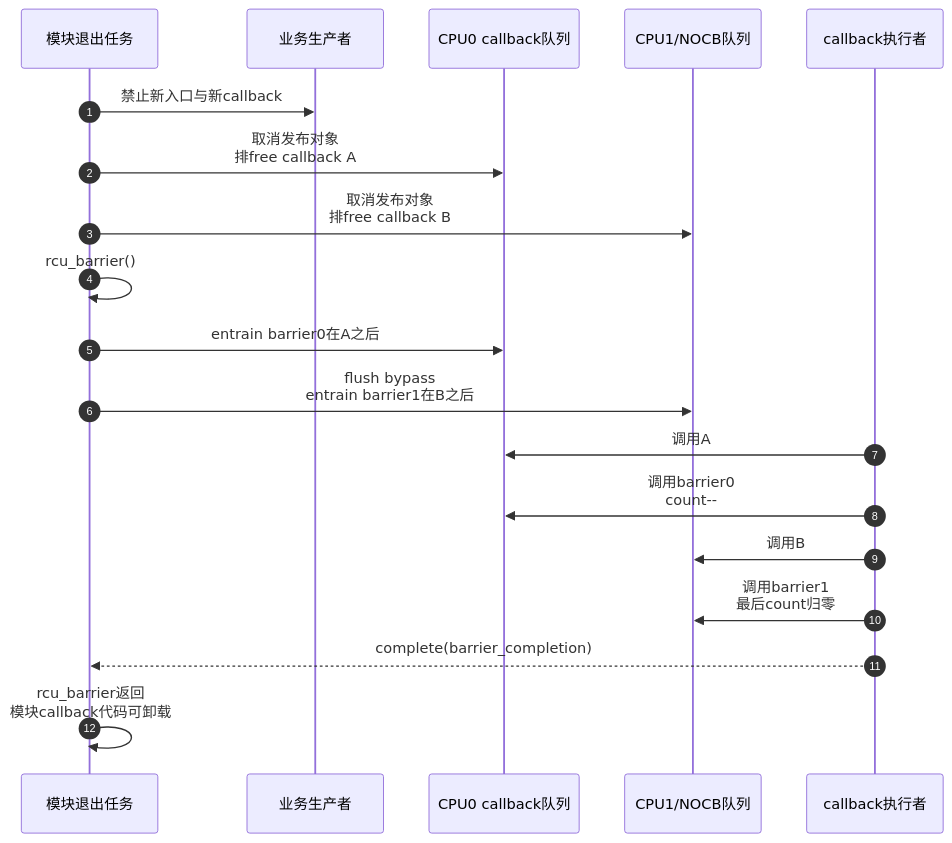
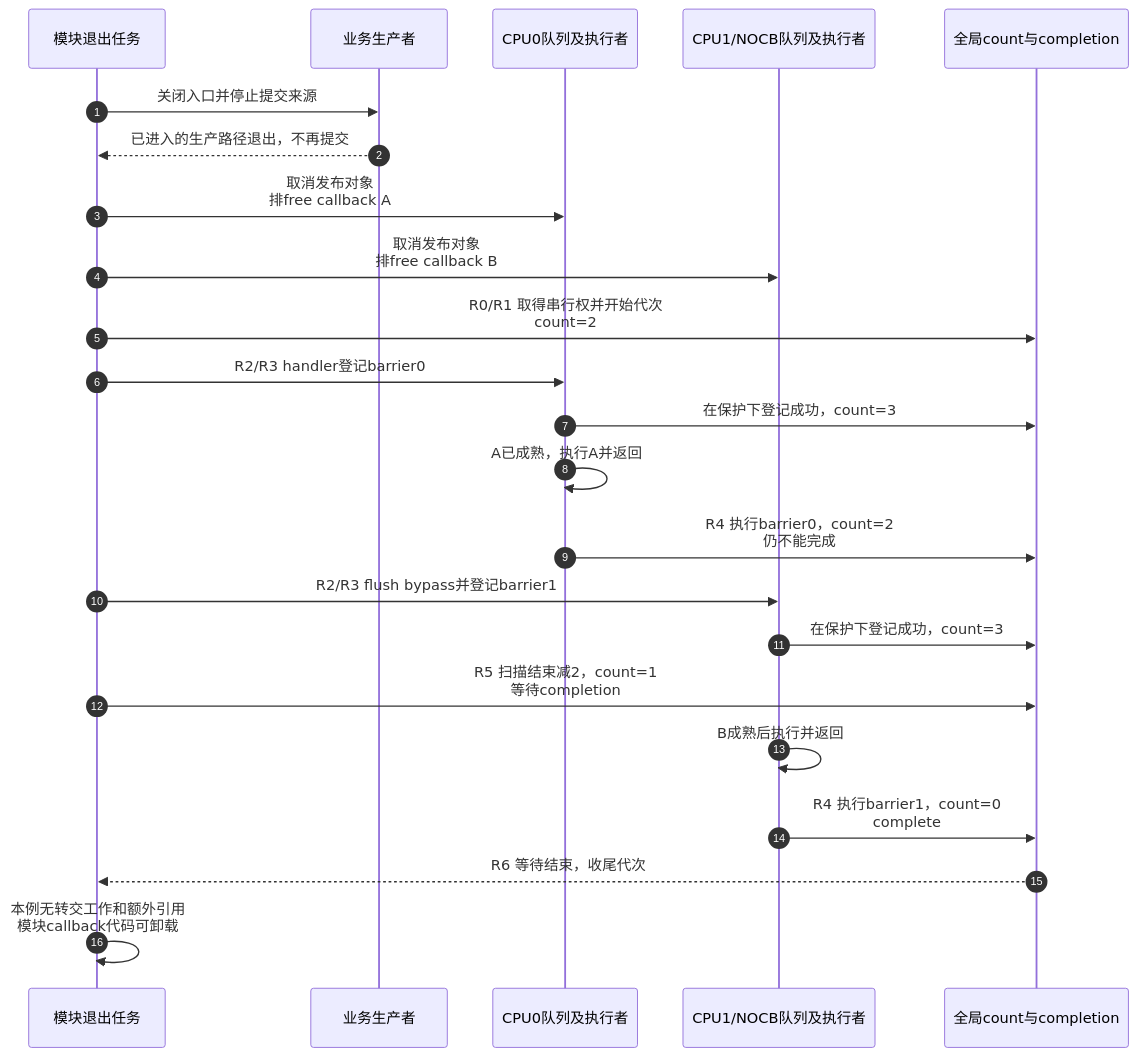
One commit to FormingSystem/linux_note changed the second of 2 diagrams in knowledge/linux/synchronization_and_asynchrony/synchronization/rcu/P13_Tree_RCU_同步等待与rcu_barrier.md. Above: the diagram before and after it, drawn with Mermaid. The commit also changed other lines of this file and 1 other file, not shown here.

First line of the commit message:
content(rcu/barrier): 补全关闭生产者与跨队列完成证明

````diff
--- a/knowledge/linux/synchronization_and_asynchrony/synchronization/rcu/P13_Tree_RCU_同步等待与rcu_barrier.md
+++ b/knowledge/linux/synchronization_and_asynchrony/synchronization/rcu/P13_Tree_RCU_同步等待与rcu_barrier.md
@@ -169,24 +189,27 @@
 ```mermaid
 sequenceDiagram
     autonumber
 
     participant M as 模块退出任务
     participant P as 业务生产者
-    participant Q0 as CPU0 callback队列
-    participant Q1 as CPU1/NOCB队列
-    participant X as callback执行者
+    participant Q0 as CPU0队列及执行者
+    participant Q1 as CPU1/NOCB队列及执行者
+    participant G as 全局count与completion
 
-    M->>P: 禁止新入口与新callback
+    M->>P: 关闭入口并停止提交来源
+    P-->>M: 已进入的生产路径退出，不再提交
     M->>Q0: 取消发布对象<br/>排free callback A
     M->>Q1: 取消发布对象<br/>排free callback B
-    M->>M: rcu_barrier()
-    M->>Q0: entrain barrier0在A之后
-    M->>Q1: flush bypass<br/>entrain barrier1在B之后
-
-    X->>Q0: 调用A
-    X->>Q0: 调用barrier0<br/>count--
-    X->>Q1: 调用B
-    X->>Q1: 调用barrier1<br/>最后count归零
-    X-->>M: complete(barrier_completion)
-    M->>M: rcu_barrier返回<br/>模块callback代码可卸载
+    M->>G: R0/R1 取得串行权并开始代次<br/>count=2
+    M->>Q0: R2/R3 handler登记barrier0
+    Q0->>G: 在保护下登记成功，count=3
+    Q0->>Q0: A已成熟，执行A并返回
+    Q0->>G: R4 执行barrier0，count=2<br/>仍不能完成
+    M->>Q1: R2/R3 flush bypass并登记barrier1
+    Q1->>G: 在保护下登记成功，count=3
+    M->>G: R5 扫描结束减2，count=1<br/>等待completion
+    Q1->>Q1: B成熟后执行并返回
+    Q1->>G: R4 执行barrier1，count=0<br/>complete
+    G-->>M: R6 等待结束，收尾代次
+    M->>M: 本例无转交工作和额外引用<br/>模块callback代码可卸载
 ```
````
